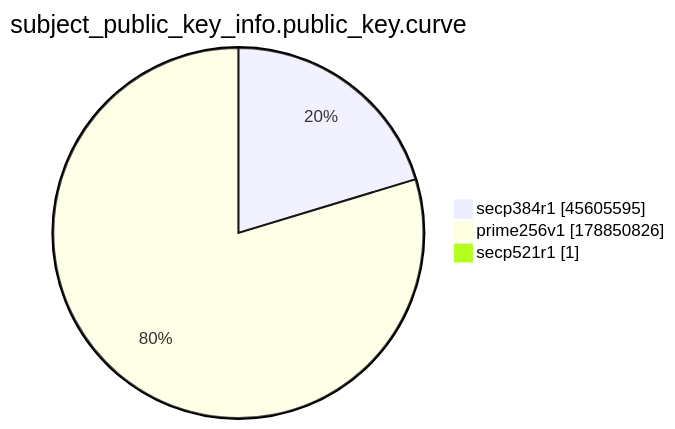
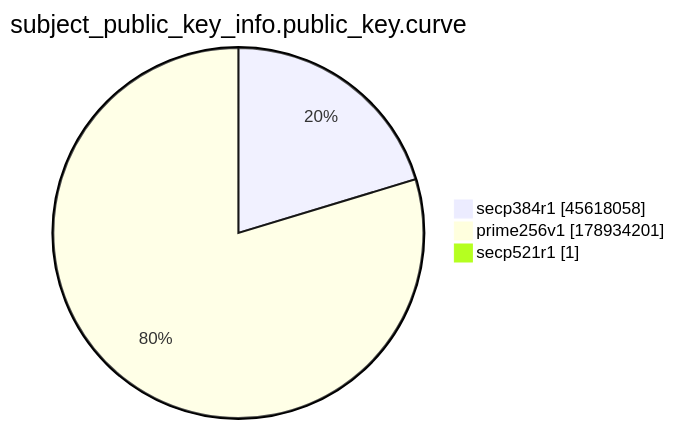
Before and after one commit to christiankrug/ctmonitor_visualization: the ninth of 15 diagrams in xenon2022/README.md, drawn with Mermaid. The commit also changed other lines of this file, not shown here.

````diff
--- a/xenon2022/README.md
+++ b/xenon2022/README.md
@@ -2873,7 +2873,7 @@
 ```mermaid
 pie showData
 title subject_public_key_info.public_key.curve
-"secp384r1" :45605595
-"prime256v1" :178850826
+"secp384r1" :45618058
+"prime256v1" :178934201
 "secp521r1" :1
 ```
````
